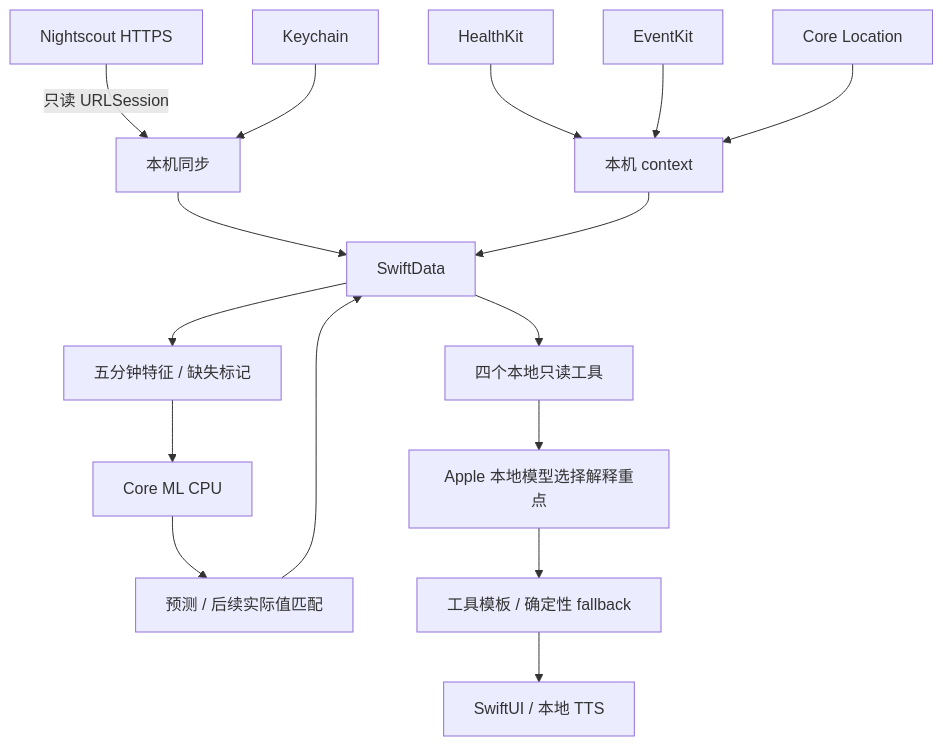
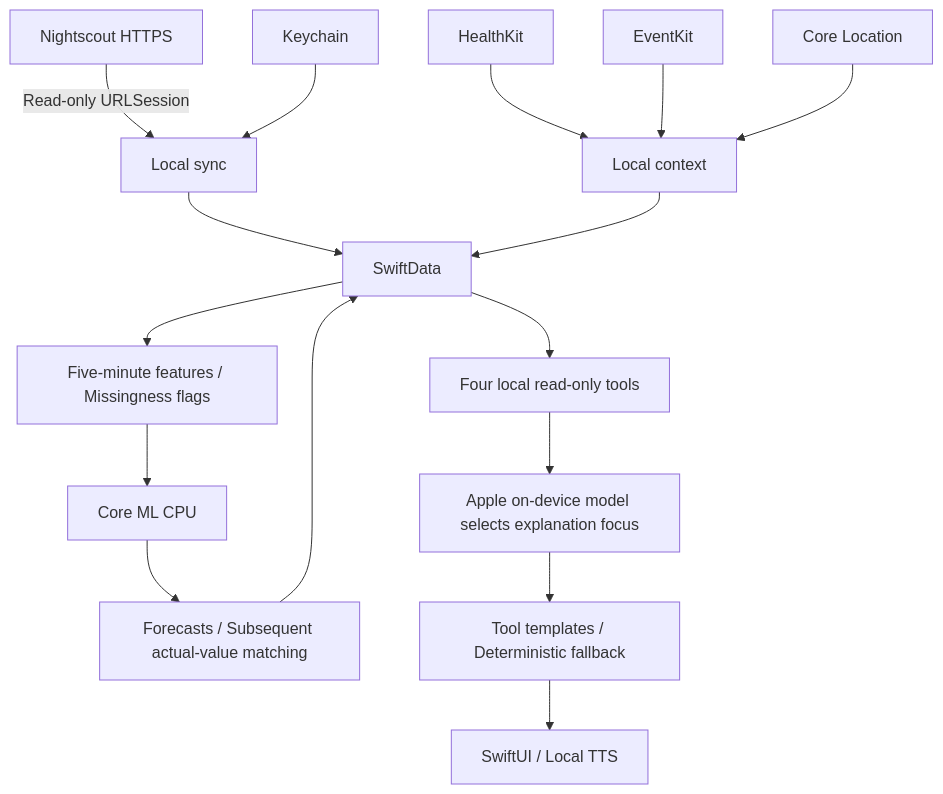
The diagram in docs/IMPLEMENTATION_STATUS.md (AndreaTang0123/T1D-Chatbot-IOS), drawn with Mermaid before and after one commit. The commit also changed other lines of this file and 15 other files, not shown here.

````diff
--- a/docs/IMPLEMENTATION_STATUS.md
+++ b/docs/IMPLEMENTATION_STATUS.md
@@ -44,18 +44,18 @@
 ```mermaid
 flowchart TD
-    NS[Nightscout HTTPS] -->|只读 URLSession| SYNC[本机同步]
+    NS[Nightscout HTTPS] -->|Read-only URLSession| SYNC[Local sync]
     KC[Keychain] --> SYNC
-    HK[HealthKit] --> CTX[本机 context]
+    HK[HealthKit] --> CTX[Local context]
     EK[EventKit] --> CTX
     CL[Core Location] --> CTX
     SYNC --> DB[SwiftData]
     CTX --> DB
-    DB --> FEAT[五分钟特征 / 缺失标记]
+    DB --> FEAT[Five-minute features / Missingness flags]
     FEAT --> ML[Core ML CPU]
-    ML --> LOG[预测 / 后续实际值匹配]
+    ML --> LOG[Forecasts / Subsequent actual-value matching]
     LOG --> DB
-    DB --> TOOLS[四个本地只读工具]
-    TOOLS --> FM[Apple 本地模型选择解释重点]
-    FM --> OUT[工具模板 / 确定性 fallback]
-    OUT --> UI[SwiftUI / 本地 TTS]
+    DB --> TOOLS[Four local read-only tools]
+    TOOLS --> FM[Apple on-device model selects explanation focus]
+    FM --> OUT[Tool templates / Deterministic fallback]
+    OUT --> UI[SwiftUI / Local TTS]
 ```
````
